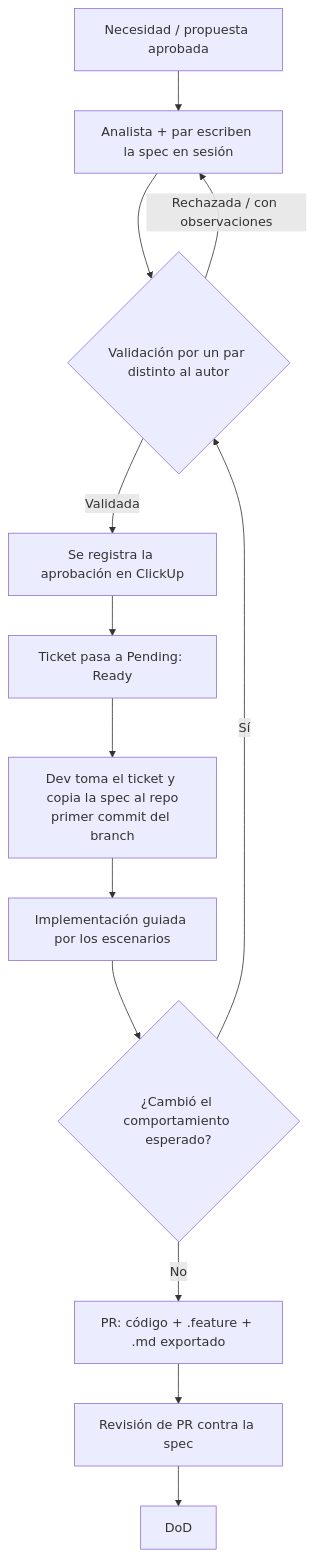
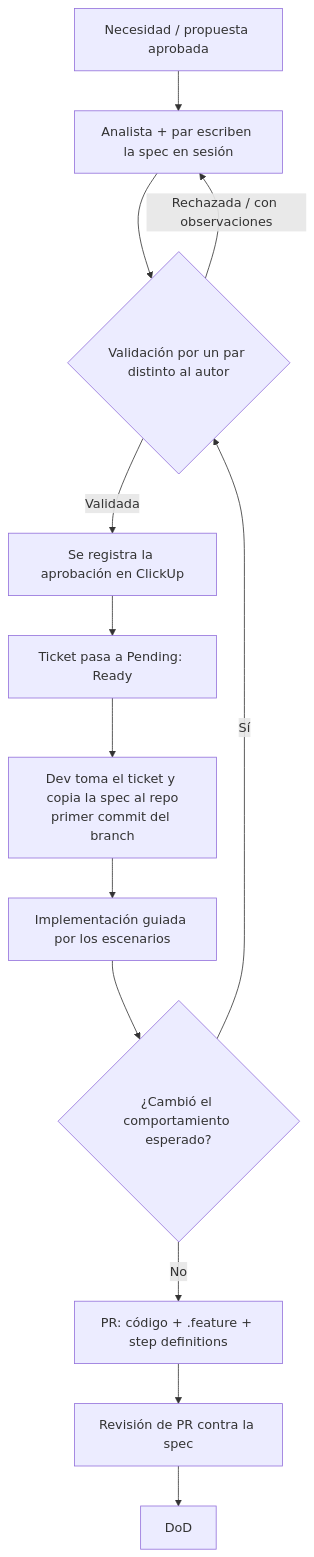
Before and after one commit to scisa-mx/org-guidelines: the diagram in docs/programming/0.5.collaborative_work/05.15.spec_first_workflow.md, drawn with Mermaid. The commit also changed other lines of this file and 24 other files, not shown here.

````diff
--- a/docs/programming/0.5.collaborative_work/05.15.spec_first_workflow.md
+++ b/docs/programming/0.5.collaborative_work/05.15.spec_first_workflow.md
@@ -25,15 +25,15 @@
 ```mermaid
 flowchart TD
     A[Necesidad / propuesta aprobada] --> B[Analista + par escriben la spec en sesión]
     B --> C{Validación por un par distinto al autor}
     C -- Rechazada / con observaciones --> B
     C -- Validada --> D[Se registra la aprobación en ClickUp]
     D --> E[Ticket pasa a Pending: Ready]
     E --> F[Dev toma el ticket y copia la spec al repo<br/>primer commit del branch]
     F --> G[Implementación guiada por los escenarios]
     G --> H{¿Cambió el comportamiento esperado?}
     H -- Sí --> C
-    H -- No --> I[PR: código + .feature + .md exportado]
+    H -- No --> I[PR: código + .feature + step definitions]
     I --> J[Revisión de PR contra la spec]
     J --> K[DoD]
 ```
````
